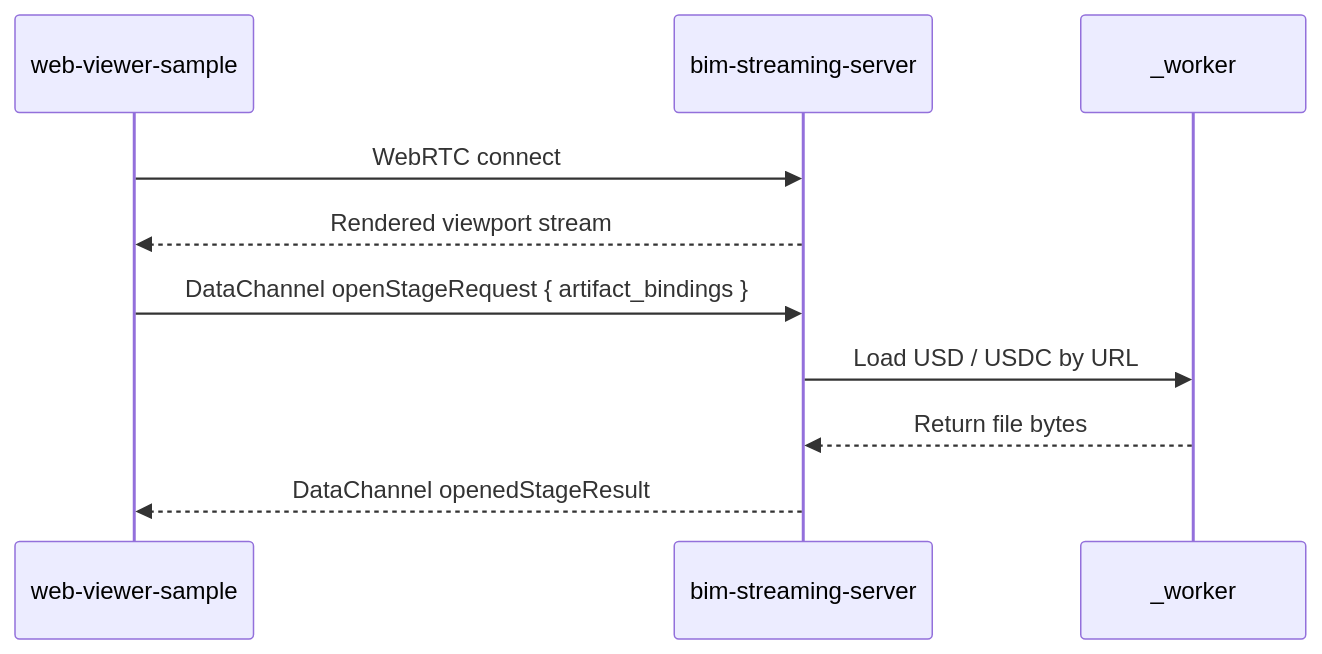
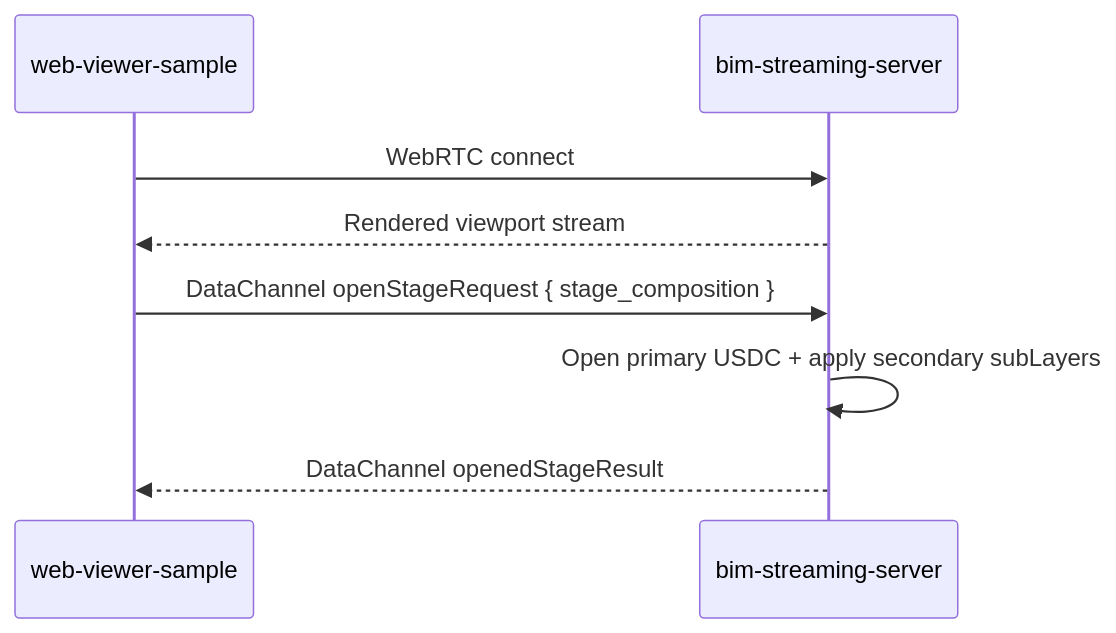
One commit to monkey1sai/AI-BIM-governance changed the third of 6 diagrams in AGENTS.md. Above: the diagram before and after it, drawn with Mermaid. The commit also changed other lines of this file and 34 other files, not shown here.

Commit message:
feat: apply architecture rework B-scheme

````diff
--- a/AGENTS.md
+++ b/AGENTS.md
@@ -568,13 +586,11 @@
 ```mermaid
 sequenceDiagram
     participant WV as web-viewer-sample
     participant KIT as bim-streaming-server
-    participant WK as _worker
 
     WV->>KIT: WebRTC connect
     KIT-->>WV: Rendered viewport stream
-    WV->>KIT: DataChannel openStageRequest { artifact_bindings }
-    KIT->>WK: Load USD / USDC by URL
-    WK-->>KIT: Return file bytes
+    WV->>KIT: DataChannel openStageRequest { stage_composition }
+    KIT->>KIT: Open primary USDC + apply secondary subLayers
     KIT-->>WV: DataChannel openedStageResult
 ```
````
